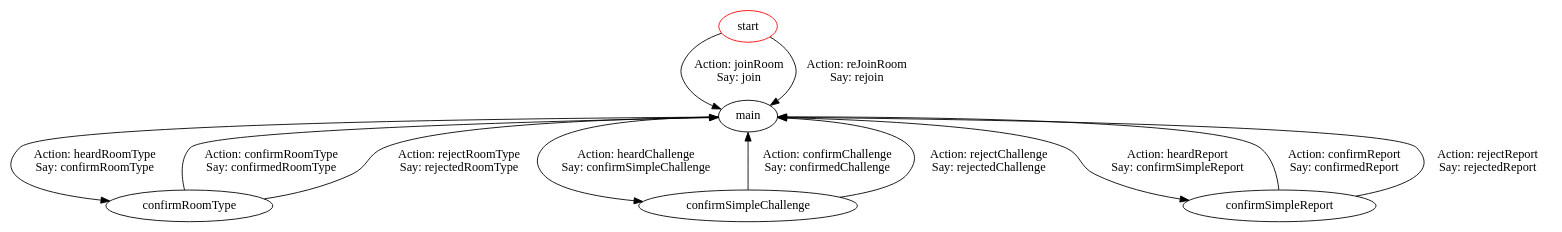
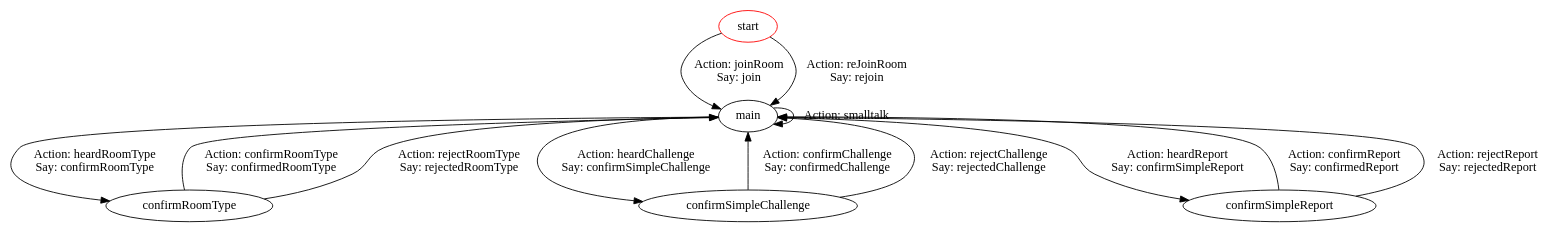
One commit to Polite-AI/personality-server changed the diagram in dialog/dialogstates.dot. Above: the diagram before and after it, drawn with Graphviz. The commit also changed 19 other files, not shown here.

```diff
--- a/dialog/dialogstates.dot
+++ b/dialog/dialogstates.dot
@@ -1,19 +1,20 @@
 digraph "Polite.AI bot room dialogue states" {
   "start" [color=red];
   "main";
   "confirmRoomType";
   "confirmSimpleChallenge";
   "confirmSimpleReport";
   "start" -> "main" [ label="Action: joinRoom\nSay: join"]
   "start" -> "main" [ label="Action: reJoinRoom\nSay: rejoin"]
   "main" -> "confirmRoomType" [ label="Action: heardRoomType\nSay: confirmRoomType"]
   "main" -> "confirmSimpleChallenge" [ label="Action: heardChallenge\nSay: confirmSimpleChallenge"]
   "main" -> "confirmSimpleReport" [ label="Action: heardReport\nSay: confirmSimpleReport"]
+  "main" -> "main" [ label="Action: smalltalk"]
   "confirmRoomType" -> "main" [ label="Action: confirmRoomType\nSay: confirmedRoomType"]
   "confirmRoomType" -> "main" [ label="Action: rejectRoomType\nSay: rejectedRoomType"]
   "confirmSimpleChallenge" -> "main" [ label="Action: confirmChallenge\nSay: confirmedChallenge"]
   "confirmSimpleChallenge" -> "main" [ label="Action: rejectChallenge\nSay: rejectedChallenge"]
   "confirmSimpleReport" -> "main" [ label="Action: confirmReport\nSay: confirmedReport"]
   "confirmSimpleReport" -> "main" [ label="Action: rejectReport\nSay: rejectedReport"]
 
 }
```
